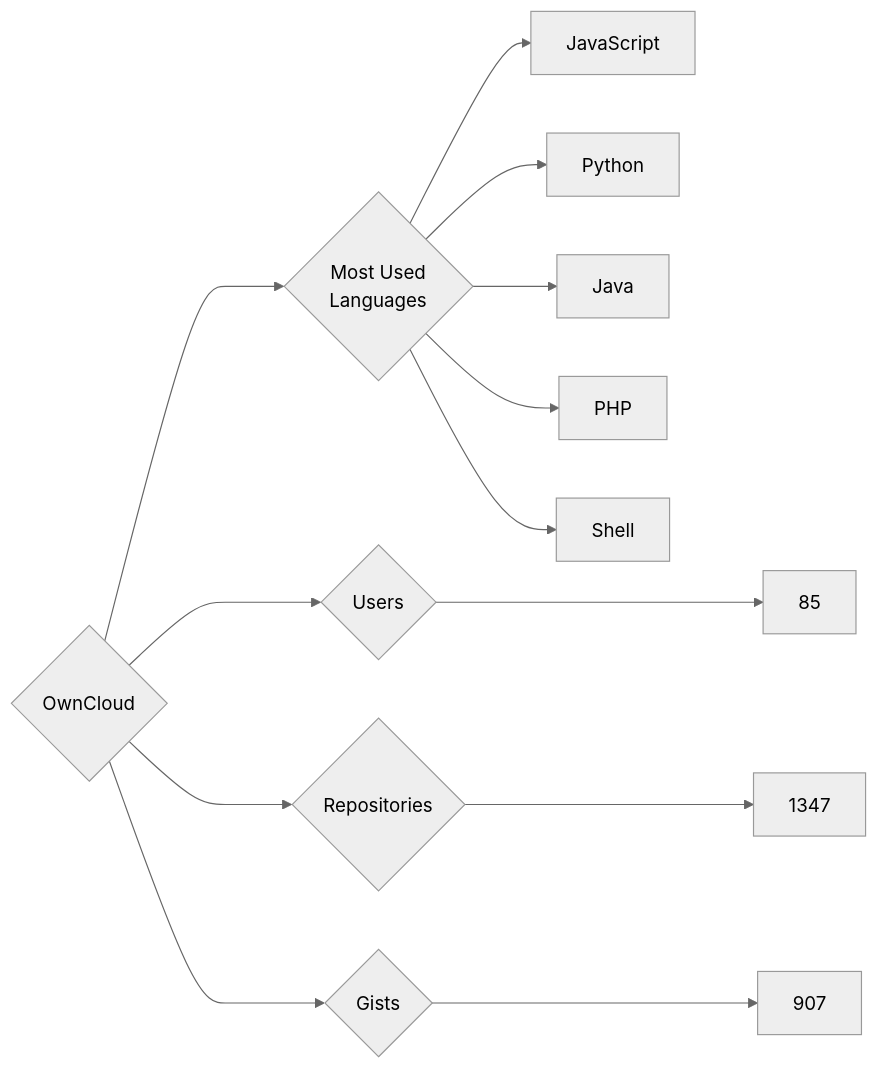
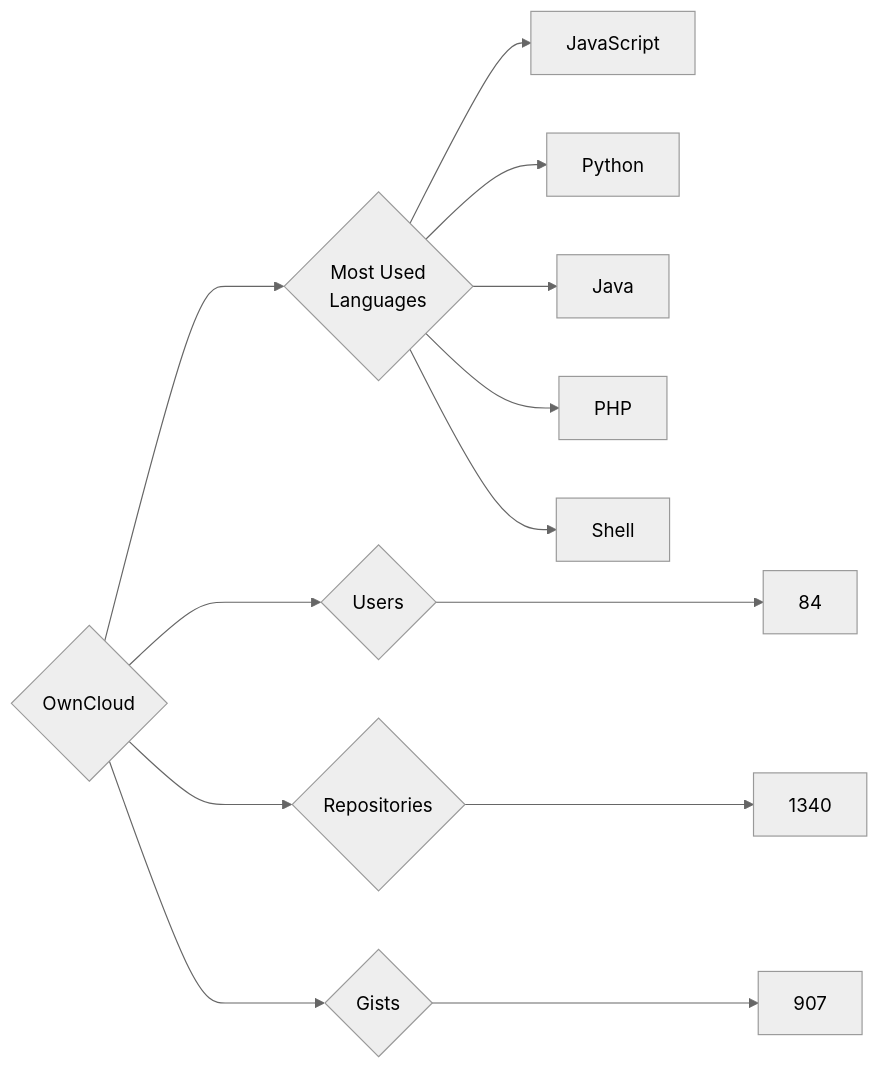
Before and after one commit to trickest/insiders: the diagram in targets/OwnCloud/README.md, drawn with Mermaid (neutral theme). The commit also changed 796 other files, not shown here.

````diff
--- a/targets/OwnCloud/README.md
+++ b/targets/OwnCloud/README.md
@@ -3,13 +3,13 @@
 ```mermaid
 graph LR
 COMPANY_NAME{OwnCloud}
-COMPANY_NAME ---> U{Users} ---> UN[85]
-COMPANY_NAME ---> R{Repositories} ---> RN[1347]
+COMPANY_NAME ---> U{Users} ---> UN[84]
+COMPANY_NAME ---> R{Repositories} ---> RN[1340]
 COMPANY_NAME ---> G{Gists} ---> GN[907]
 COMPANY_NAME ---> ML{Most Used<br>Languages}
 ML --> JavaScript[JavaScript]
 ML --> Python[Python]
 ML --> Java[Java]
 ML --> PHP[PHP]
 ML --> Shell[Shell]
 ```
````
